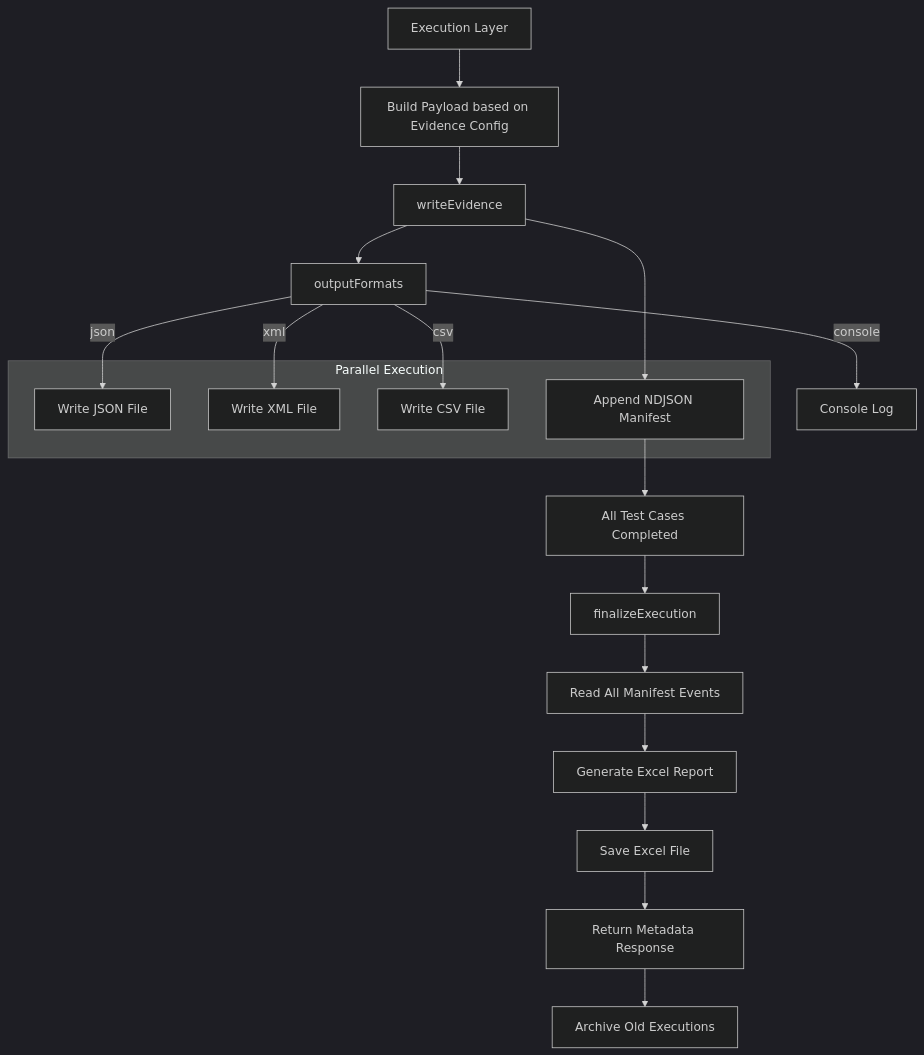
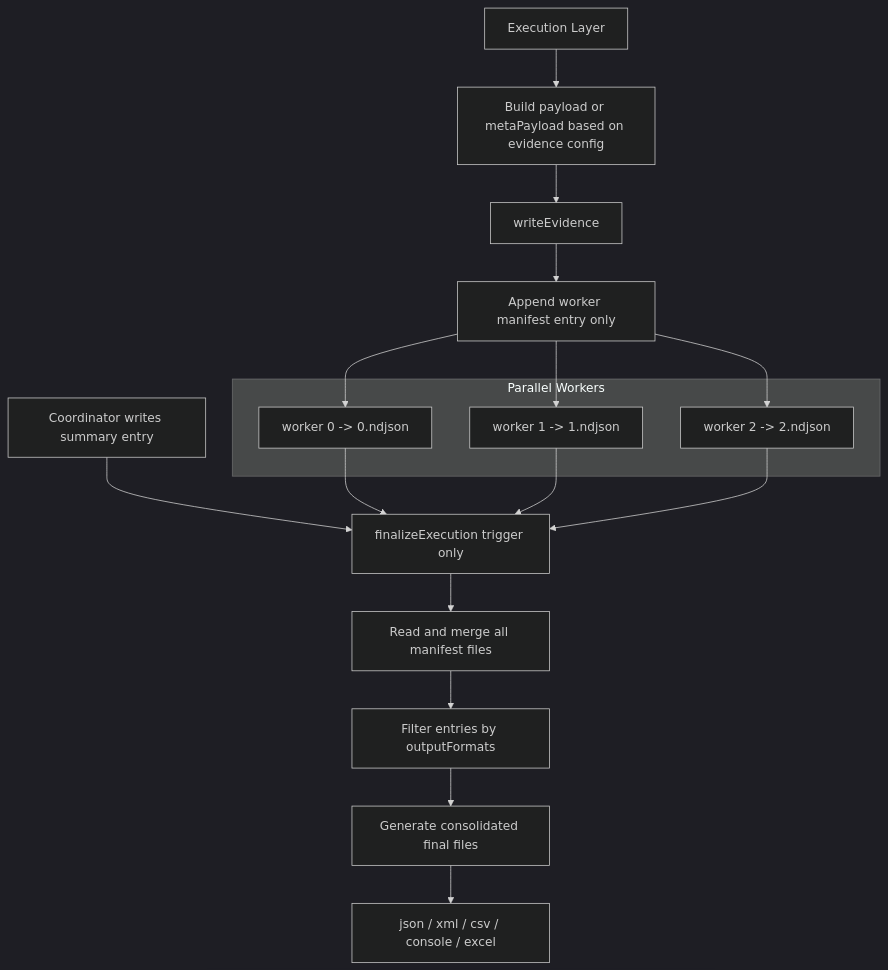
The diagram in src/evidenceFactory/README.md (vijaytomar81/AZOnline), drawn with Mermaid (dark theme) before and after one commit. The commit also changed other lines of this file, not shown here.

`````diff
--- a/src/evidenceFactory/README.md
+++ b/src/evidenceFactory/README.md
@@ -208,29 +346,27 @@
-````mermaid
+```mermaid
 flowchart TD
 
-A[Execution Layer] --> B[Build Payload based on Evidence Config]
+A[Execution Layer] --> B[Build payload or metaPayload based on evidence config]
 B --> C[writeEvidence]
-C --> D[outputFormats]
+C --> D[Append worker manifest entry only]
 
-D -->|json| E1[Write JSON File]
-D -->|xml| E2[Write XML File]
-D -->|csv| E3[Write CSV File]
-D -->|console| E4[Console Log]
-
-C --> F[Append NDJSON Manifest]
-
-subgraph Parallel Execution
-  E1
-  E2
-  E3
-  F
+subgraph Parallel Workers
+  D1[worker 0 -> 0.ndjson]
+  D2[worker 1 -> 1.ndjson]
+  D3[worker 2 -> 2.ndjson]
 end
 
-F --> G[All Test Cases Completed]
-G --> H[finalizeExecution]
-H --> I[Read All Manifest Events]
-I --> J[Generate Excel Report]
-J --> K[Save Excel File]
-K --> L[Return Metadata Response]
-L --> M[Archive Old Executions]
-````
+D --> D1
+D --> D2
+D --> D3
+
+E[Coordinator writes summary entry] --> F[finalizeExecution trigger only]
+D1 --> F
+D2 --> F
+D3 --> F
+
+F --> G[Read and merge all manifest files]
+G --> H[Filter entries by outputFormats]
+H --> I[Generate consolidated final files]
+I --> J[json / xml / csv / console / excel]
+```
`````
